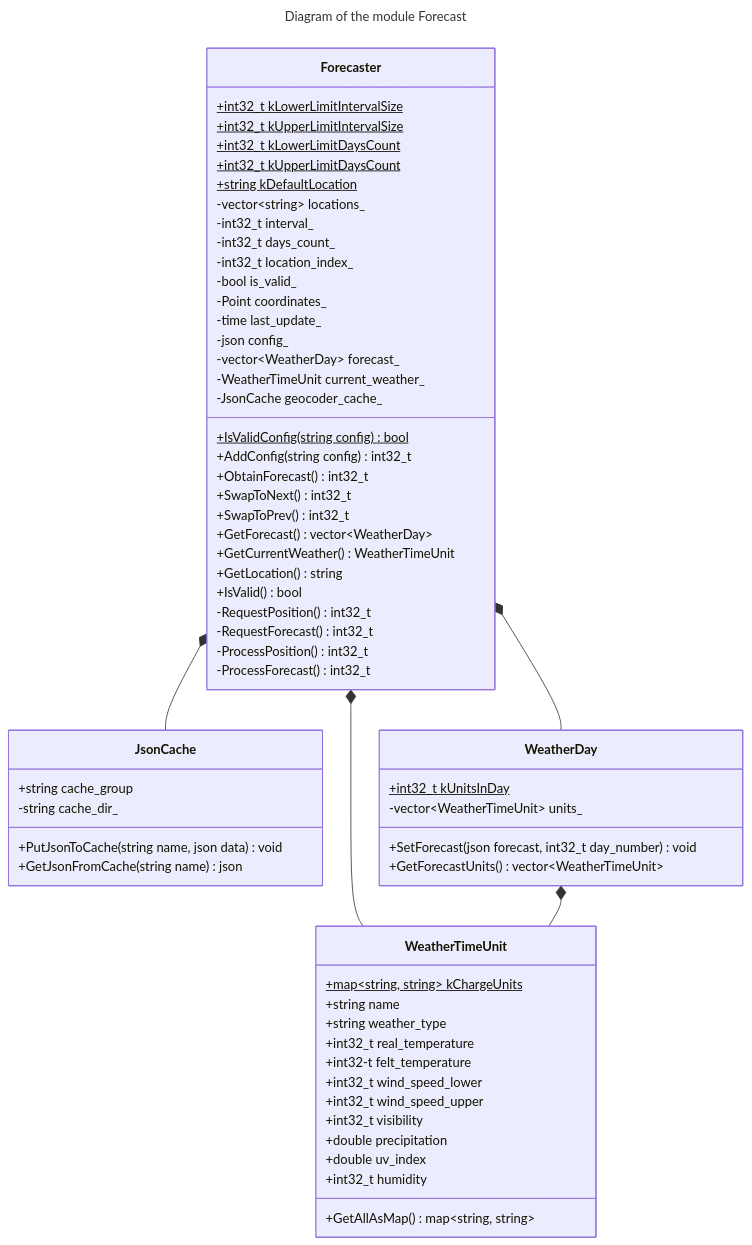
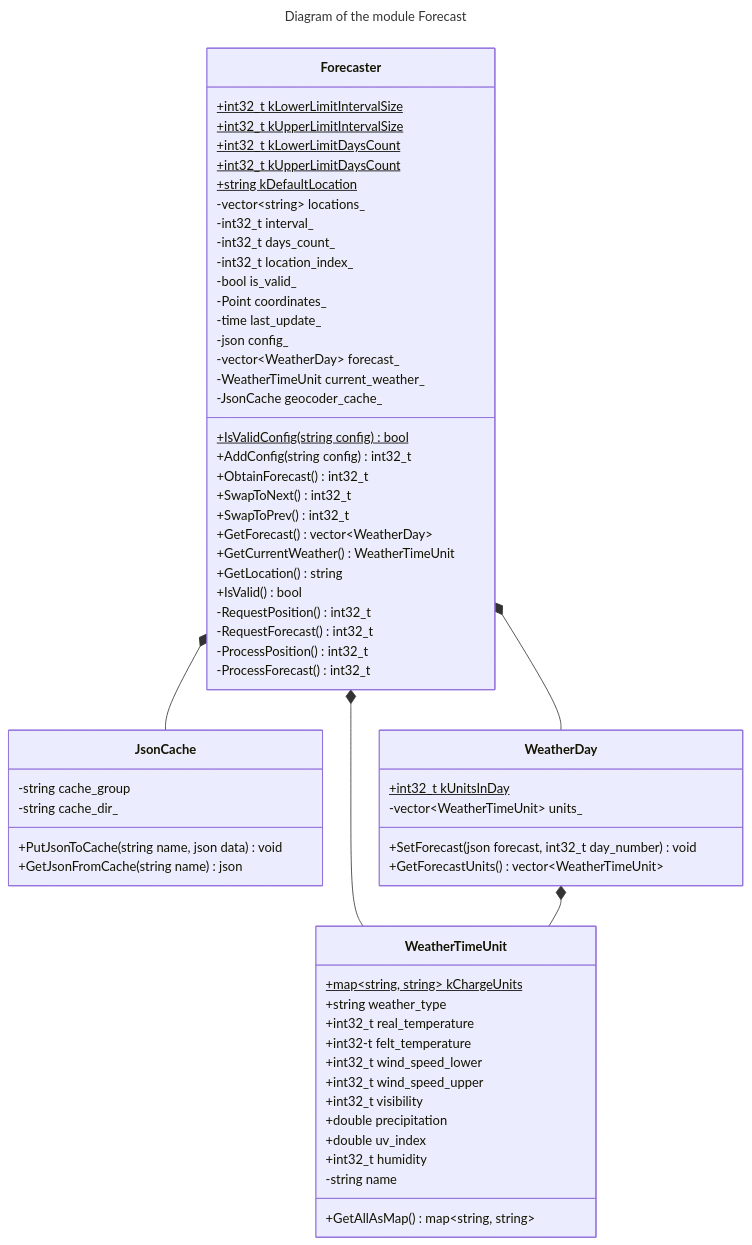
The second of 3 diagrams in docs/dev/architecture.md (bialger/weather-forecast), drawn with Mermaid before and after one commit.

Commit message:
Minor diagram update

````diff
--- a/docs/dev/architecture.md
+++ b/docs/dev/architecture.md
@@ -56,74 +56,74 @@
 ```mermaid
 ---
 title: Diagram of the module Forecast
 ---
 %%{
   init: {
     'theme': 'base',
     'classDiagram': { 'curve': 'linaer' },
   }
 }%%
 classDiagram
   direction TB
   class Forecaster {
     +int32_t kLowerLimitIntervalSize$
     +int32_t kUpperLimitIntervalSize$
     +int32_t kLowerLimitDaysCount$
     +int32_t kUpperLimitDaysCount$
     +string kDefaultLocation$
     -vector~string~ locations_
     -int32_t interval_
     -int32_t days_count_
     -int32_t location_index_
     -bool is_valid_
     -Point coordinates_
     -time last_update_
     -json config_
     -vector~WeatherDay~ forecast_
     -WeatherTimeUnit current_weather_
     -JsonCache geocoder_cache_
     +IsValidConfig(string config)$ bool
     +AddConfig(string config) int32_t
     +ObtainForecast() int32_t
     +SwapToNext() int32_t
     +SwapToPrev() int32_t
     +GetForecast() vector~WeatherDay~
     +GetCurrentWeather() WeatherTimeUnit
     +GetLocation() string
     +IsValid() bool
     -RequestPosition() int32_t
     -RequestForecast() int32_t
     -ProcessPosition() int32_t
     -ProcessForecast() int32_t
   }
   class JsonCache {
-    +string cache_group
+    -string cache_group
     -string cache_dir_
     +PutJsonToCache(string name, json data) void
     +GetJsonFromCache(string name) json
   }
   class WeatherDay {
     +int32_t kUnitsInDay$
     -vector~WeatherTimeUnit~ units_
     +SetForecast(json forecast, int32_t day_number) void
     +GetForecastUnits() vector~WeatherTimeUnit~
   }
   class WeatherTimeUnit {
     +map~string, string~ kChargeUnits$
-    +string name
     +string weather_type
     +int32_t real_temperature
     +int32-t felt_temperature
     +int32_t wind_speed_lower
     +int32_t wind_speed_upper
     +int32_t visibility
     +double precipitation
     +double uv_index
     +int32_t humidity
+    -string name
     +GetAllAsMap() map~string, string~
   }
   Forecaster *-- WeatherDay
   Forecaster *-- WeatherTimeUnit
   Forecaster *-- JsonCache
   WeatherDay *-- WeatherTimeUnit
 ```
````
